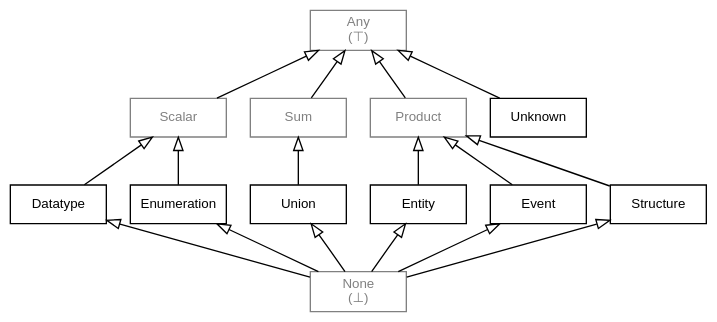
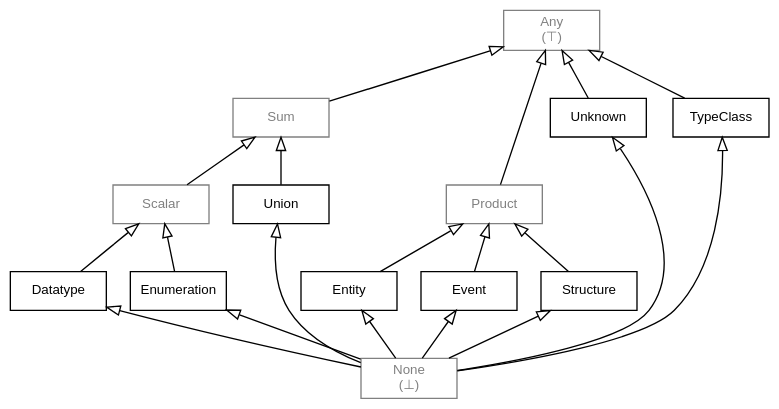
One commit to sdm-lang/sdml-io changed the diagram in docs/reference/surface-syntax.org. Above: the diagram before and after it, drawn with Graphviz. The commit also changed other lines of this file and 24 other files, not shown here.

```diff
--- a/docs/reference/surface-syntax.org
+++ b/docs/reference/surface-syntax.org
@@ -350,33 +384,36 @@
 #+BEGIN_SRC dot :file ./images/sdml-type-model.svg :exports results
 strict digraph {
    bgcolor="transparent";
    rankdir=BT;
    fontname="Helvetica,Arial,sans-serif";
    node [shape="rect"; fontname="Helvetica,Arial,sans-serif"; fontsize=10; width=1.0; height=0.4];
    edge [arrowhead=onormal; fontname="Helvetica,Arial,sans-serif"; fontsize=9; fontcolor="darkgrey"];
    
    Type [color="grey"; fontcolor="grey"; label="Any\n(⊤)"];
-   Scalar -> Type;
    Scalar [color="grey"; fontcolor="grey"];
    Datatype -> Scalar;
+   Enumeration -> Scalar;
    Sum [color="grey"; fontcolor="grey"];
    Sum -> Type;
-   Enumeration -> Scalar;
+   Scalar -> Sum;
    Union -> Sum;
    Product [color="grey"; fontcolor="grey"];
    Product -> Type;
    Entity -> Product;
    Event -> Product;
    Structure -> Product;
    Unknown [label="Unknown"];
    Unknown -> Type;
+   TypeClass -> Type;
         
    None [color="grey"; fontcolor="grey"; label="None\n(⊥)"];
    None -> Datatype;
    None -> Enumeration;
    None -> Union;
    None -> Entity;
    None -> Event;
    None -> Structure;
+   None -> Unknown;
+   None -> TypeClass;
 }
 #+END_SRC
```
